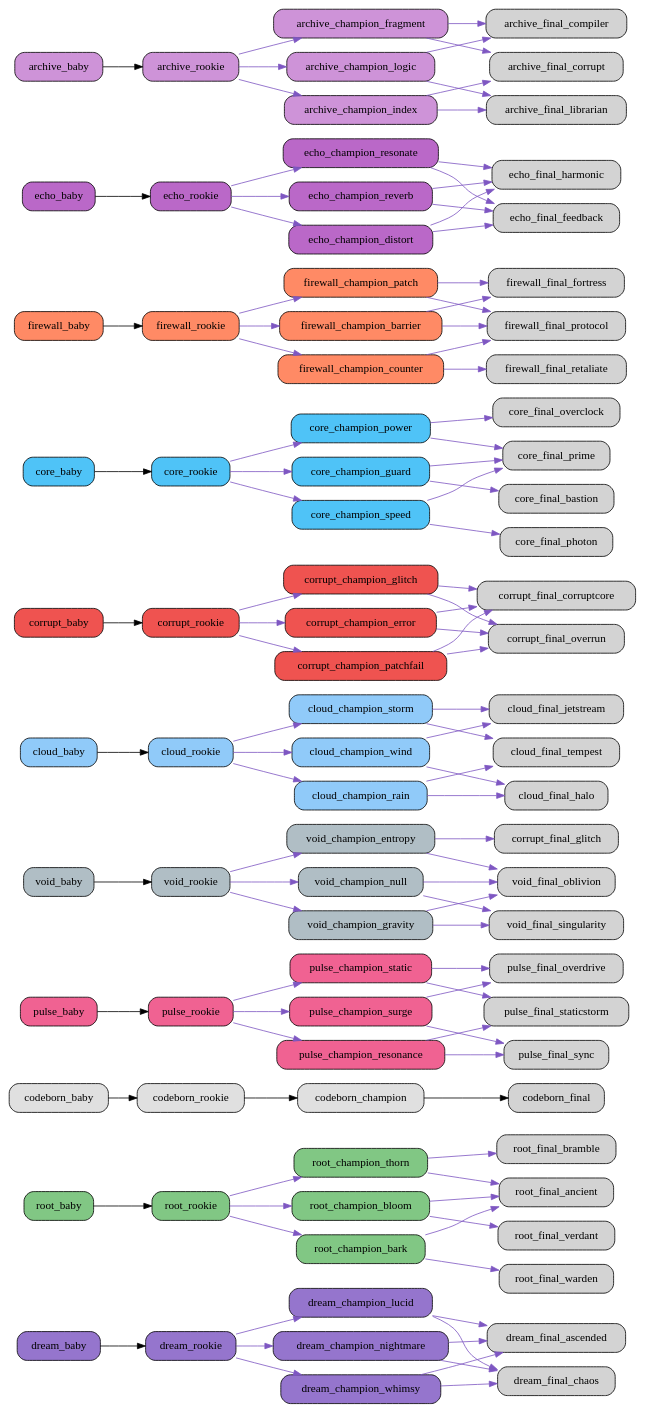
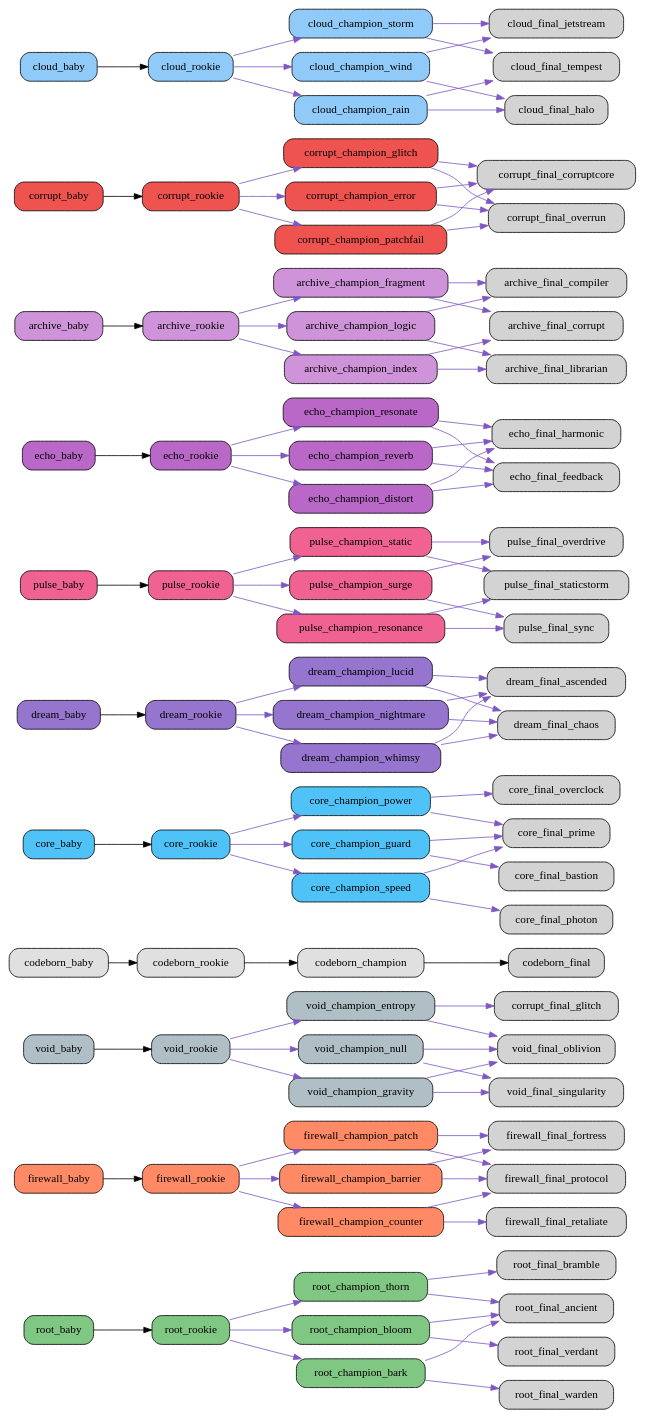
Before and after one commit to bwlight/NetGrid: the diagram in src/netgrid/systems/evolution/graphs/full/evolution_graph.dot, drawn with Graphviz. The commit also changed other lines of this file and 8 other files, not shown here.

Commit message:
Auto-update evolution graphs

```diff
--- a/src/netgrid/systems/evolution/graphs/full/evolution_graph.dot
+++ b/src/netgrid/systems/evolution/graphs/full/evolution_graph.dot
@@ -1,6 +1,72 @@
 digraph EvolutionTree {
   rankdir=LR;
   node [shape=box, style="rounded,filled"];
+  "root_baby" [fillcolor="#81c784"];
+  "root_baby" -> "root_rookie";
+  "root_rookie" [fillcolor="#81c784"];
+  "root_rookie" -> "root_champion_thorn" [color="#7e57c2"];
+  "root_rookie" -> "root_champion_bloom" [color="#7e57c2"];
+  "root_rookie" -> "root_champion_bark" [color="#7e57c2"];
+  "root_champion_thorn" [fillcolor="#81c784"];
+  "root_champion_thorn" -> "root_final_bramble" [color="#7e57c2"];
+  "root_champion_thorn" -> "root_final_ancient" [color="#7e57c2"];
+  "root_champion_bloom" [fillcolor="#81c784"];
+  "root_champion_bloom" -> "root_final_ancient" [color="#7e57c2"];
+  "root_champion_bloom" -> "root_final_verdant" [color="#7e57c2"];
+  "root_champion_bark" [fillcolor="#81c784"];
+  "root_champion_bark" -> "root_final_warden" [color="#7e57c2"];
+  "root_champion_bark" -> "root_final_ancient" [color="#7e57c2"];
+  "firewall_baby" [fillcolor="#ff8a65"];
+  "firewall_baby" -> "firewall_rookie";
+  "firewall_rookie" [fillcolor="#ff8a65"];
+  "firewall_rookie" -> "firewall_champion_barrier" [color="#7e57c2"];
+  "firewall_rookie" -> "firewall_champion_counter" [color="#7e57c2"];
+  "firewall_rookie" -> "firewall_champion_patch" [color="#7e57c2"];
+  "firewall_champion_barrier" [fillcolor="#ff8a65"];
+  "firewall_champion_barrier" -> "firewall_final_fortress" [color="#7e57c2"];
+  "firewall_champion_barrier" -> "firewall_final_protocol" [color="#7e57c2"];
+  "firewall_champion_counter" [fillcolor="#ff8a65"];
+  "firewall_champion_counter" -> "firewall_final_retaliate" [color="#7e57c2"];
+  "firewall_champion_counter" -> "firewall_final_protocol" [color="#7e57c2"];
+  "firewall_champion_patch" [fillcolor="#ff8a65"];
+  "firewall_champion_patch" -> "firewall_final_protocol" [color="#7e57c2"];
+  "firewall_champion_patch" -> "firewall_final_fortress" [color="#7e57c2"];
+  "void_baby" [fillcolor="#b0bec5"];
+  "void_baby" -> "void_rookie";
+  "void_rookie" [fillcolor="#b0bec5"];
+  "void_rookie" -> "void_champion_entropy" [color="#7e57c2"];
+  "void_rookie" -> "void_champion_gravity" [color="#7e57c2"];
+  "void_rookie" -> "void_champion_null" [color="#7e57c2"];
+  "void_champion_entropy" [fillcolor="#b0bec5"];
+  "void_champion_entropy" -> "corrupt_final_glitch" [color="#7e57c2"];
+  "void_champion_entropy" -> "void_final_oblivion" [color="#7e57c2"];
+  "void_champion_gravity" [fillcolor="#b0bec5"];
+  "void_champion_gravity" -> "void_final_singularity" [color="#7e57c2"];
+  "void_champion_gravity" -> "void_final_oblivion" [color="#7e57c2"];
+  "void_champion_null" [fillcolor="#b0bec5"];
+  "void_champion_null" -> "void_final_oblivion" [color="#7e57c2"];
+  "void_champion_null" -> "void_final_singularity" [color="#7e57c2"];
+  "codeborn_baby" [fillcolor="#e0e0e0"];
+  "codeborn_baby" -> "codeborn_rookie";
+  "codeborn_rookie" [fillcolor="#e0e0e0"];
+  "codeborn_rookie" -> "codeborn_champion";
+  "codeborn_champion" [fillcolor="#e0e0e0"];
+  "codeborn_champion" -> "codeborn_final";
+  "core_baby" [fillcolor="#4fc3f7"];
+  "core_baby" -> "core_rookie";
+  "core_rookie" [fillcolor="#4fc3f7"];
+  "core_rookie" -> "core_champion_power" [color="#7e57c2"];
+  "core_rookie" -> "core_champion_guard" [color="#7e57c2"];
+  "core_rookie" -> "core_champion_speed" [color="#7e57c2"];
+  "core_champion_power" [fillcolor="#4fc3f7"];
+  "core_champion_power" -> "core_final_overclock" [color="#7e57c2"];
+  "core_champion_power" -> "core_final_prime" [color="#7e57c2"];
+  "core_champion_guard" [fillcolor="#4fc3f7"];
+  "core_champion_guard" -> "core_final_bastion" [color="#7e57c2"];
+  "core_champion_guard" -> "core_final_prime" [color="#7e57c2"];
+  "core_champion_speed" [fillcolor="#4fc3f7"];
+  "core_champion_speed" -> "core_final_photon" [color="#7e57c2"];
+  "core_champion_speed" -> "core_final_prime" [color="#7e57c2"];
   "dream_baby" [fillcolor="#9575cd"];
   "dream_baby" -> "dream_rookie";
   "dream_rookie" [fillcolor="#9575cd"];
@@ -16,27 +82,6 @@
   "dream_champion_whimsy" [fillcolor="#9575cd"];
   "dream_champion_whimsy" -> "dream_final_ascended" [color="#7e57c2"];
   "dream_champion_whimsy" -> "dream_final_chaos" [color="#7e57c2"];
-  "root_baby" [fillcolor="#81c784"];
-  "root_baby" -> "root_rookie";
-  "root_rookie" [fillcolor="#81c784"];
-  "root_rookie" -> "root_champion_thorn" [color="#7e57c2"];
-  "root_rookie" -> "root_champion_bloom" [color="#7e57c2"];
-  "root_rookie" -> "root_champion_bark" [color="#7e57c2"];
-  "root_champion_thorn" [fillcolor="#81c784"];
-  "root_champion_thorn" -> "root_final_bramble" [color="#7e57c2"];
-  "root_champion_thorn" -> "root_final_ancient" [color="#7e57c2"];
-  "root_champion_bloom" [fillcolor="#81c784"];
-  "root_champion_bloom" -> "root_final_ancient" [color="#7e57c2"];
-  "root_champion_bloom" -> "root_final_verdant" [color="#7e57c2"];
-  "root_champion_bark" [fillcolor="#81c784"];
-  "root_champion_bark" -> "root_final_warden" [color="#7e57c2"];
-  "root_champion_bark" -> "root_final_ancient" [color="#7e57c2"];
-  "codeborn_baby" [fillcolor="#e0e0e0"];
-  "codeborn_baby" -> "codeborn_rookie";
-  "codeborn_rookie" [fillcolor="#e0e0e0"];
-  "codeborn_rookie" -> "codeborn_champion";
-  "codeborn_champion" [fillcolor="#e0e0e0"];
-  "codeborn_champion" -> "codeborn_final";
   "pulse_baby" [fillcolor="#f06292"];
   "pulse_baby" -> "pulse_rookie";
   "pulse_rookie" [fillcolor="#f06292"];
@@ -52,81 +97,6 @@
   "pulse_champion_static" [fillcolor="#f06292"];
   "pulse_champion_static" -> "pulse_final_staticstorm" [color="#7e57c2"];
   "pulse_champion_static" -> "pulse_final_overdrive" [color="#7e57c2"];
-  "void_baby" [fillcolor="#b0bec5"];
-  "void_baby" -> "void_rookie";
-  "void_rookie" [fillcolor="#b0bec5"];
-  "void_rookie" -> "void_champion_entropy" [color="#7e57c2"];
-  "void_rookie" -> "void_champion_gravity" [color="#7e57c2"];
-  "void_rookie" -> "void_champion_null" [color="#7e57c2"];
-  "void_champion_entropy" [fillcolor="#b0bec5"];
-  "void_champion_entropy" -> "corrupt_final_glitch" [color="#7e57c2"];
-  "void_champion_entropy" -> "void_final_oblivion" [color="#7e57c2"];
-  "void_champion_gravity" [fillcolor="#b0bec5"];
-  "void_champion_gravity" -> "void_final_singularity" [color="#7e57c2"];
-  "void_champion_gravity" -> "void_final_oblivion" [color="#7e57c2"];
-  "void_champion_null" [fillcolor="#b0bec5"];
-  "void_champion_null" -> "void_final_oblivion" [color="#7e57c2"];
-  "void_champion_null" -> "void_final_singularity" [color="#7e57c2"];
-  "cloud_baby" [fillcolor="#90caf9"];
-  "cloud_baby" -> "cloud_rookie";
-  "cloud_rookie" [fillcolor="#90caf9"];
-  "cloud_rookie" -> "cloud_champion_wind" [color="#7e57c2"];
-  "cloud_rookie" -> "cloud_champion_rain" [color="#7e57c2"];
-  "cloud_rookie" -> "cloud_champion_storm" [color="#7e57c2"];
-  "cloud_champion_wind" [fillcolor="#90caf9"];
-  "cloud_champion_wind" -> "cloud_final_jetstream" [color="#7e57c2"];
-  "cloud_champion_wind" -> "cloud_final_halo" [color="#7e57c2"];
-  "cloud_champion_rain" [fillcolor="#90caf9"];
-  "cloud_champion_rain" -> "cloud_final_halo" [color="#7e57c2"];
-  "cloud_champion_rain" -> "cloud_final_tempest" [color="#7e57c2"];
-  "cloud_champion_storm" [fillcolor="#90caf9"];
-  "cloud_champion_storm" -> "cloud_final_tempest" [color="#7e57c2"];
-  "cloud_champion_storm" -> "cloud_final_jetstream" [color="#7e57c2"];
-  "corrupt_baby" [fillcolor="#ef5350"];
-  "corrupt_baby" -> "corrupt_rookie";
-  "corrupt_rookie" [fillcolor="#ef5350"];
-  "corrupt_rookie" -> "corrupt_champion_glitch" [color="#7e57c2"];
-  "corrupt_rookie" -> "corrupt_champion_error" [color="#7e57c2"];
-  "corrupt_rookie" -> "corrupt_champion_patchfail" [color="#7e57c2"];
-  "corrupt_champion_glitch" [fillcolor="#ef5350"];
-  "corrupt_champion_glitch" -> "corrupt_final_corruptcore" [color="#7e57c2"];
-  "corrupt_champion_glitch" -> "corrupt_final_overrun" [color="#7e57c2"];
-  "corrupt_champion_error" [fillcolor="#ef5350"];
-  "corrupt_champion_error" -> "corrupt_final_overrun" [color="#7e57c2"];
-  "corrupt_champion_error" -> "corrupt_final_corruptcore" [color="#7e57c2"];
-  "corrupt_champion_patchfail" [fillcolor="#ef5350"];
-  "corrupt_champion_patchfail" -> "corrupt_final_corruptcore" [color="#7e57c2"];
-  "corrupt_champion_patchfail" -> "corrupt_final_overrun" [color="#7e57c2"];
-  "core_baby" [fillcolor="#4fc3f7"];
-  "core_baby" -> "core_rookie";
-  "core_rookie" [fillcolor="#4fc3f7"];
-  "core_rookie" -> "core_champion_power" [color="#7e57c2"];
-  "core_rookie" -> "core_champion_guard" [color="#7e57c2"];
-  "core_rookie" -> "core_champion_speed" [color="#7e57c2"];
-  "core_champion_power" [fillcolor="#4fc3f7"];
-  "core_champion_power" -> "core_final_overclock" [color="#7e57c2"];
-  "core_champion_power" -> "core_final_prime" [color="#7e57c2"];
-  "core_champion_guard" [fillcolor="#4fc3f7"];
-  "core_champion_guard" -> "core_final_bastion" [color="#7e57c2"];
-  "core_champion_guard" -> "core_final_prime" [color="#7e57c2"];
-  "core_champion_speed" [fillcolor="#4fc3f7"];
-  "core_champion_speed" -> "core_final_photon" [color="#7e57c2"];
-  "core_champion_speed" -> "core_final_prime" [color="#7e57c2"];
-  "firewall_baby" [fillcolor="#ff8a65"];
-  "firewall_baby" -> "firewall_rookie";
-  "firewall_rookie" [fillcolor="#ff8a65"];
-  "firewall_rookie" -> "firewall_champion_barrier" [color="#7e57c2"];
-  "firewall_rookie" -> "firewall_champion_counter" [color="#7e57c2"];
-  "firewall_rookie" -> "firewall_champion_patch" [color="#7e57c2"];
-  "firewall_champion_barrier" [fillcolor="#ff8a65"];
-  "firewall_champion_barrier" -> "firewall_final_fortress" [color="#7e57c2"];
-  "firewall_champion_barrier" -> "firewall_final_protocol" [color="#7e57c2"];
-  "firewall_champion_counter" [fillcolor="#ff8a65"];
-  "firewall_champion_counter" -> "firewall_final_retaliate" [color="#7e57c2"];
-  "firewall_champion_counter" -> "firewall_final_protocol" [color="#7e57c2"];
-  "firewall_champion_patch" [fillcolor="#ff8a65"];
-  "firewall_champion_patch" -> "firewall_final_protocol" [color="#7e57c2"];
-  "firewall_champion_patch" -> "firewall_final_fortress" [color="#7e57c2"];
   "echo_baby" [fillcolor="#ba68c8"];
   "echo_baby" -> "echo_rookie";
   "echo_rookie" [fillcolor="#ba68c8"];
@@ -157,4 +127,34 @@
   "archive_champion_fragment" [fillcolor="#ce93d8"];
   "archive_champion_fragment" -> "archive_final_corrupt" [color="#7e57c2"];
   "archive_champion_fragment" -> "archive_final_compiler" [color="#7e57c2"];
+  "corrupt_baby" [fillcolor="#ef5350"];
+  "corrupt_baby" -> "corrupt_rookie";
+  "corrupt_rookie" [fillcolor="#ef5350"];
+  "corrupt_rookie" -> "corrupt_champion_glitch" [color="#7e57c2"];
+  "corrupt_rookie" -> "corrupt_champion_error" [color="#7e57c2"];
+  "corrupt_rookie" -> "corrupt_champion_patchfail" [color="#7e57c2"];
+  "corrupt_champion_glitch" [fillcolor="#ef5350"];
+  "corrupt_champion_glitch" -> "corrupt_final_corruptcore" [color="#7e57c2"];
+  "corrupt_champion_glitch" -> "corrupt_final_overrun" [color="#7e57c2"];
+  "corrupt_champion_error" [fillcolor="#ef5350"];
+  "corrupt_champion_error" -> "corrupt_final_overrun" [color="#7e57c2"];
+  "corrupt_champion_error" -> "corrupt_final_corruptcore" [color="#7e57c2"];
+  "corrupt_champion_patchfail" [fillcolor="#ef5350"];
+  "corrupt_champion_patchfail" -> "corrupt_final_corruptcore" [color="#7e57c2"];
+  "corrupt_champion_patchfail" -> "corrupt_final_overrun" [color="#7e57c2"];
+  "cloud_baby" [fillcolor="#90caf9"];
+  "cloud_baby" -> "cloud_rookie";
+  "cloud_rookie" [fillcolor="#90caf9"];
+  "cloud_rookie" -> "cloud_champion_wind" [color="#7e57c2"];
+  "cloud_rookie" -> "cloud_champion_rain" [color="#7e57c2"];
+  "cloud_rookie" -> "cloud_champion_storm" [color="#7e57c2"];
+  "cloud_champion_wind" [fillcolor="#90caf9"];
+  "cloud_champion_wind" -> "cloud_final_jetstream" [color="#7e57c2"];
+  "cloud_champion_wind" -> "cloud_final_halo" [color="#7e57c2"];
+  "cloud_champion_rain" [fillcolor="#90caf9"];
+  "cloud_champion_rain" -> "cloud_final_halo" [color="#7e57c2"];
+  "cloud_champion_rain" -> "cloud_final_tempest" [color="#7e57c2"];
+  "cloud_champion_storm" [fillcolor="#90caf9"];
+  "cloud_champion_storm" -> "cloud_final_tempest" [color="#7e57c2"];
+  "cloud_champion_storm" -> "cloud_final_jetstream" [color="#7e57c2"];
 }
```
